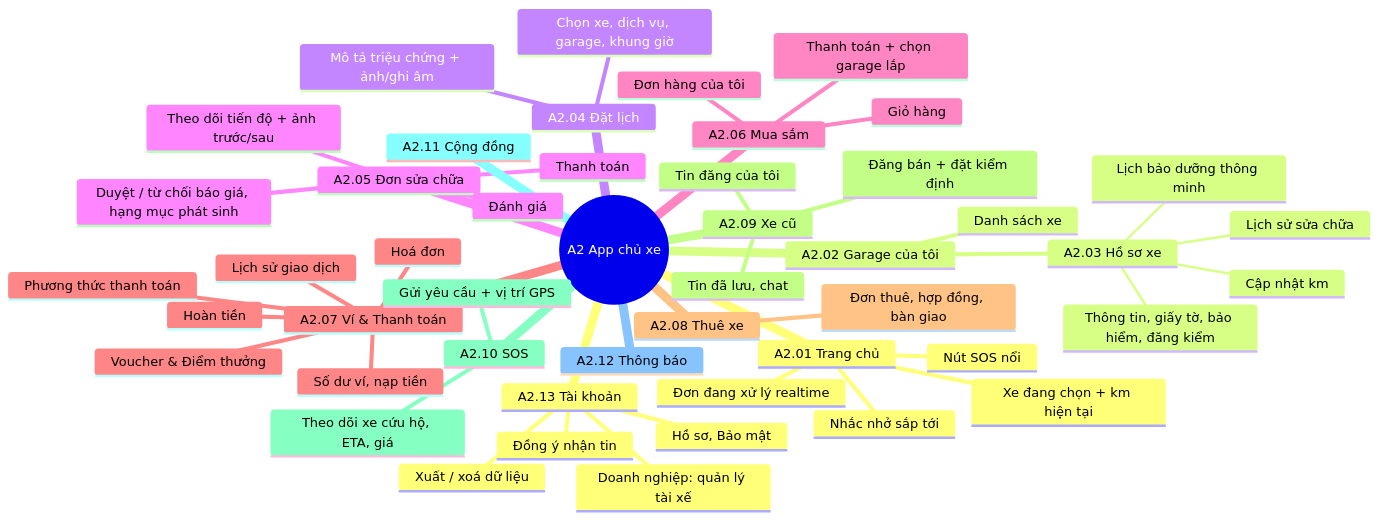
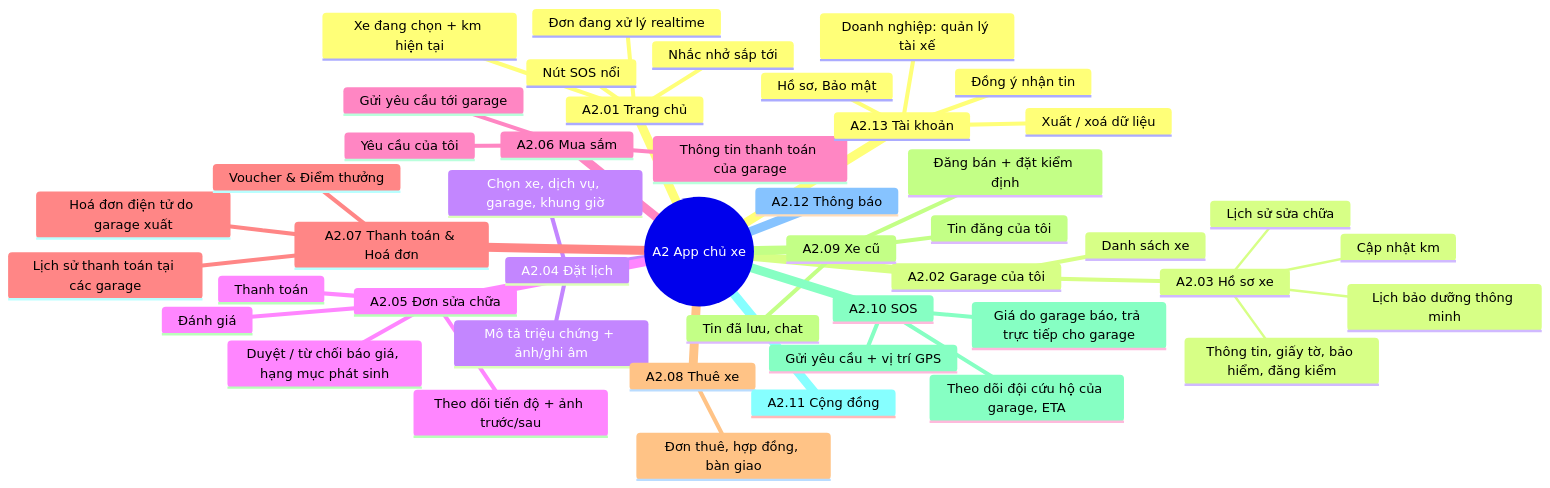
One commit to south93/cardiy-crm changed the second of 5 diagrams in docs/03-so-do-man-hinh.md. Above: the diagram before and after it, drawn with Mermaid. The commit also changed other lines of this file and 9 other files, not shown here.

First line of the commit message:
Cập nhật đặc tả: sàn chỉ là trung gian, cứu hộ là dịch vụ của garage; thêm lộ trình

````diff
--- a/docs/03-so-do-man-hinh.md
+++ b/docs/03-so-do-man-hinh.md
@@ -58,51 +59,49 @@
 ```mermaid
 mindmap
   root((A2 App chủ xe))
     A2.01 Trang chủ
       Xe đang chọn + km hiện tại
       Nhắc nhở sắp tới
       Đơn đang xử lý realtime
       Nút SOS nổi
     A2.02 Garage của tôi
       Danh sách xe
       A2.03 Hồ sơ xe
         Thông tin, giấy tờ, bảo hiểm, đăng kiểm
         Cập nhật km
         Lịch sử sửa chữa
         Lịch bảo dưỡng thông minh
     A2.04 Đặt lịch
       Chọn xe, dịch vụ, garage, khung giờ
       Mô tả triệu chứng + ảnh/ghi âm
     A2.05 Đơn sửa chữa
       Theo dõi tiến độ + ảnh trước/sau
       Duyệt / từ chối báo giá, hạng mục phát sinh
       Thanh toán
       Đánh giá
     A2.06 Mua sắm
-      Giỏ hàng
-      Thanh toán + chọn garage lắp
-      Đơn hàng của tôi
-    A2.07 Ví & Thanh toán
-      Số dư ví, nạp tiền
-      Phương thức thanh toán
-      Lịch sử giao dịch
-      Hoá đơn
-      Hoàn tiền
+      Gửi yêu cầu tới garage
+      Yêu cầu của tôi
+      Thông tin thanh toán của garage
+    A2.07 Thanh toán & Hoá đơn
+      Lịch sử thanh toán tại các garage
+      Hoá đơn điện tử do garage xuất
       Voucher & Điểm thưởng
     A2.08 Thuê xe
       Đơn thuê, hợp đồng, bàn giao
     A2.09 Xe cũ
       Tin đăng của tôi
       Đăng bán + đặt kiểm định
       Tin đã lưu, chat
     A2.10 SOS
       Gửi yêu cầu + vị trí GPS
-      Theo dõi xe cứu hộ, ETA, giá
+      Theo dõi đội cứu hộ của garage, ETA
+      Giá do garage báo, trả trực tiếp cho garage
     A2.11 Cộng đồng
     A2.12 Thông báo
     A2.13 Tài khoản
       Hồ sơ, Bảo mật
       Đồng ý nhận tin
       Xuất / xoá dữ liệu
       Doanh nghiệp: quản lý tài xế
 ```
````
